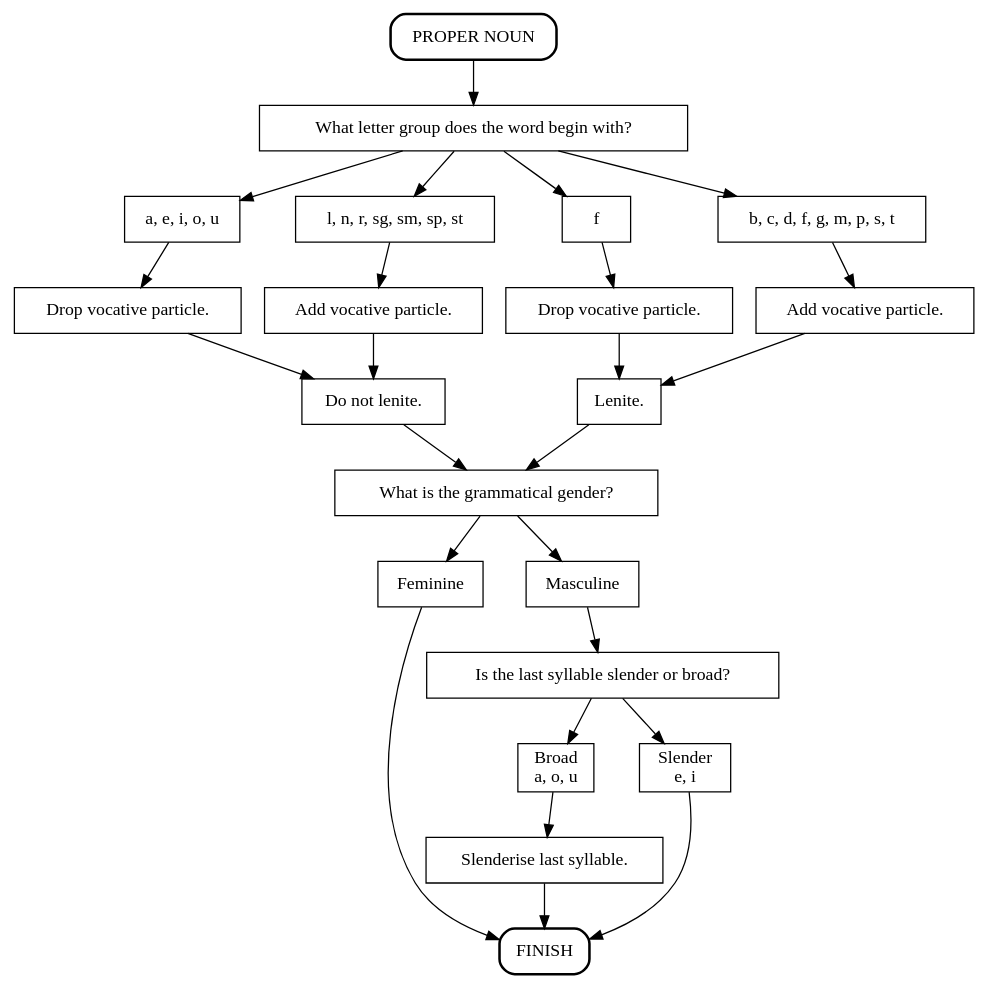
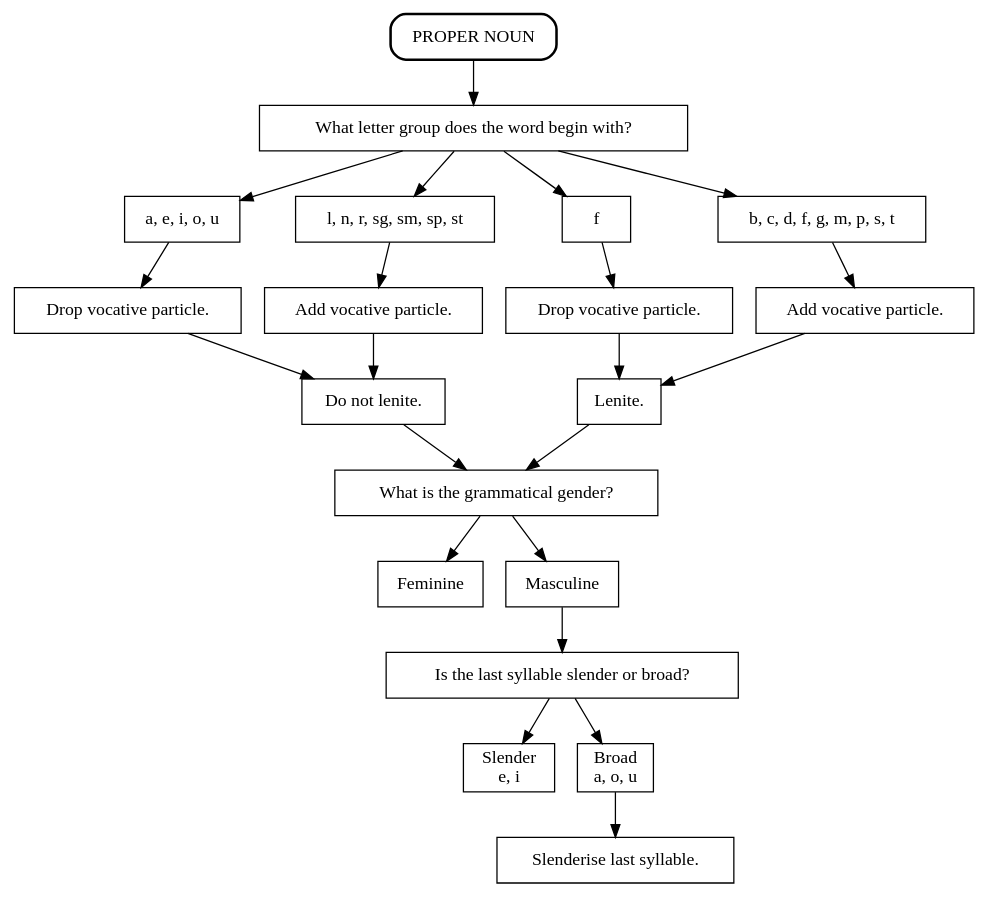
Before and after one commit to ComputationalGaelic/GaelicDiagrams: the diagram in gaelic_diagrams/nouns/vocative_case.dot, drawn with Graphviz. The commit also changed 3 other files, not shown here.

```diff
--- a/gaelic_diagrams/nouns/vocative_case.dot
+++ b/gaelic_diagrams/nouns/vocative_case.dot
@@ -1,52 +1,52 @@
 digraph vocative_case {
 	node [shape = box];
 	/* nodes */
 	START				[label="PROPER NOUN", style="rounded, bold"];
 	first_letter		[label="What letter group does the word begin with?"];
 	vowel_group			[label="a, e, i, o, u"];
 	f_group				[label="f"];
 	lenition_group		[label="b, c, d, f, g, m, p, s, t"];
 	non_lenition_group	[label="l, n, r, sg, sm, sp, st"];
 	do_not_lenite		[label="Do not lenite."];
 	lenite				[label="Lenite."];
 	add_particle_1	    [label="Add vocative particle."];
 	add_particle_2	    [label="Add vocative particle."];
 	drop_particle_1		[label="Drop vocative particle."];
 	drop_particle_2		[label="Drop vocative particle."];
 	gender				[label="What is the grammatical gender?"];
 	feminine			[label="Feminine"];
 	masculine			[label="Masculine"];
 	last_syllable		[label="Is the last syllable slender or broad?"];
 	slender				[label="Slender\ne, i"];
 	broad				[label="Broad\na, o, u"];
 	slenderise			[label="Slenderise last syllable."];
-	FINISH			    [label="FINISH", style="rounded, bold"];
+	//FINISH			    [label="FINISH", style="rounded, bold"];
 	/* graph */
 	START -> first_letter;
 	first_letter -> vowel_group;
 	first_letter -> f_group;
 	first_letter -> lenition_group;
 	first_letter -> non_lenition_group;
 	vowel_group -> drop_particle_1;
 	f_group -> drop_particle_2;
 	lenition_group -> add_particle_1;
 	non_lenition_group -> add_particle_2;
 	drop_particle_1 -> do_not_lenite;
 	drop_particle_2 -> lenite;
 	add_particle_1 -> lenite;
 	add_particle_2 -> do_not_lenite;
 	lenite -> gender;
 	do_not_lenite -> gender;
 	gender -> feminine;
-	feminine -> FINISH;
+	//feminine -> FINISH;
 	gender -> masculine;
 	masculine -> last_syllable;
 	last_syllable -> slender;
 	last_syllable -> broad;
-	slender -> FINISH;
+	//slender -> FINISH;
 	broad -> slenderise;
-	slenderise -> FINISH;
+	//slenderise -> FINISH;
 	/* layout */
 	{rank=same; feminine, masculine}
 	{rank=same; slender, broad}
 }
```
